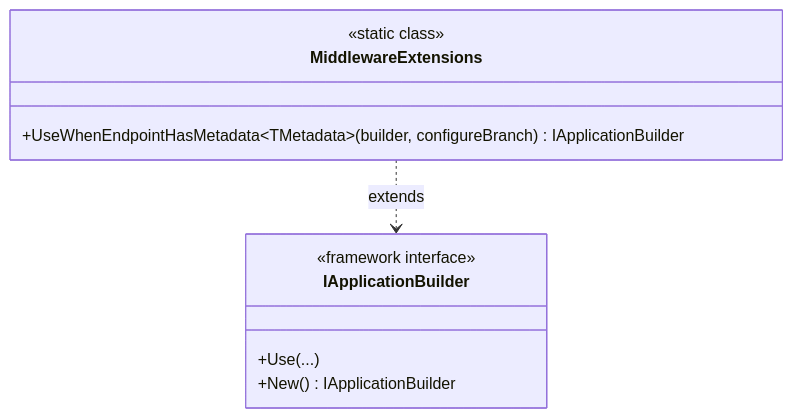
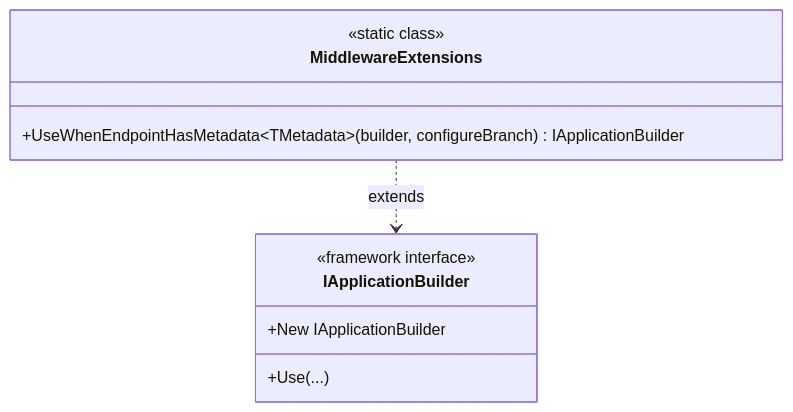
The third of 4 diagrams in 02-DotNet-AspNetCore/01-Middleware-Pipeline-Request-Internals.md (umashankarp/InterviewQuestions), drawn with Mermaid before and after one commit. The commit also changed other lines of this file and 173 other files, not shown here.

````diff
--- a/02-DotNet-AspNetCore/01-Middleware-Pipeline-Request-Internals.md
+++ b/02-DotNet-AspNetCore/01-Middleware-Pipeline-Request-Internals.md
@@ -517,13 +517,13 @@
 ```mermaid
 classDiagram
-    class IApplicationBuilder {
-        <<framework interface>>
-        +Use(...)
-        +New() IApplicationBuilder
-    }
-    class MiddlewareExtensions {
-        <<static class>>
-        +UseWhenEndpointHasMetadata~TMetadata~(builder, configureBranch) IApplicationBuilder
-    }
-    MiddlewareExtensions ..> IApplicationBuilder : extends
+ class IApplicationBuilder {
+ <<framework interface>>
+ +Use(...)
+ +New IApplicationBuilder
+ }
+ class MiddlewareExtensions {
+ <<static class>>
+ +UseWhenEndpointHasMetadata~TMetadata~(builder, configureBranch) IApplicationBuilder
+ }
+ MiddlewareExtensions..> IApplicationBuilder: extends
 ```
````
